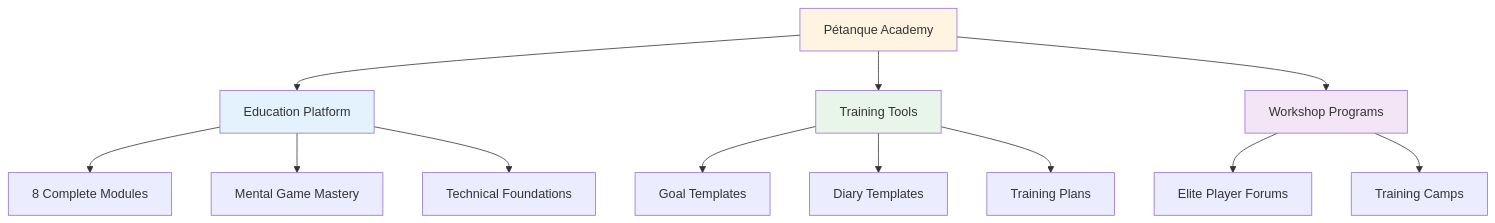
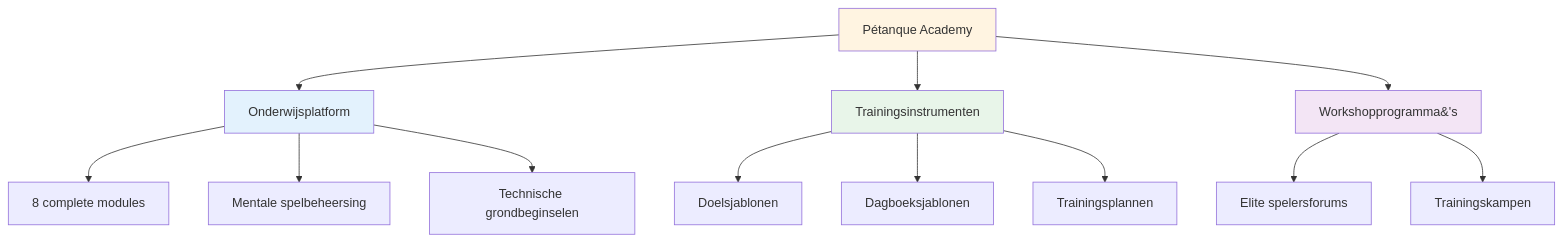
One commit to patwii/petanque-academy changed the first of 2 diagrams in docs/nl/news/index.md. Above: the diagram before and after it, drawn with Mermaid. The commit also changed other lines of this file and 532 other files, not shown here.

````diff
--- a/docs/nl/news/index.md
+++ b/docs/nl/news/index.md
@@ -13,22 +13,22 @@
 ```mermaid
 graph TD
-    A[Pétanque Academy] --> B[Education Platform]
-    A --> C[Training Tools]
-    A --> D[Workshop Programs]
+    A[Pétanque Academy] --> B[Onderwijsplatform]
+    A --> C[Trainingsinstrumenten]
+    A --> D[Workshopprogramma&#39;s]
 
-    B --> E[8 Complete Modules]
-    B --> F[Mental Game Mastery]
-    B --> G[Technical Foundations]
+    B --> E[8 complete modules]
+    B --> F[Mentale spelbeheersing]
+    B --> G[Technische grondbeginselen]
 
-    C --> H[Goal Templates]
-    C --> I[Diary Templates]
-    C --> J[Training Plans]
+    C --> H[Doelsjablonen]
+    C --> I[Dagboeksjablonen]
+    C --> J[Trainingsplannen]
 
-    D --> K[Elite Player Forums]
-    D --> L[Training Camps]
+    D --> K[Elite spelersforums]
+    D --> L[Trainingskampen]
 
     style A fill:#fff4e1
     style B fill:#e3f2fd
     style C fill:#e8f5e9
     style D fill:#f3e5f5
 ```
````
